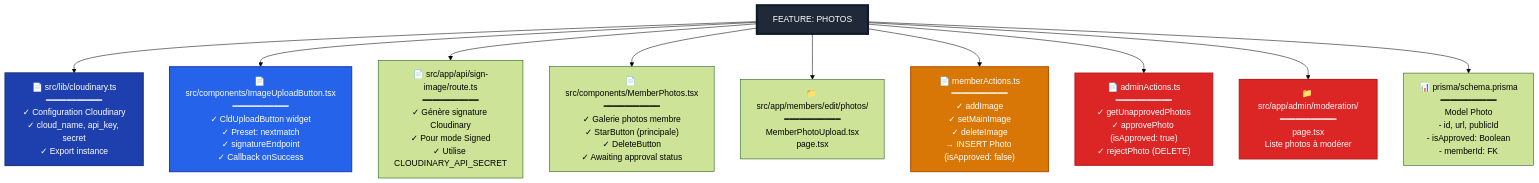
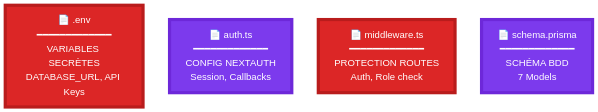
One commit to inskillflow/next-auth-demo-2-match changed diagram 33 of 36 in documentation/17-arborescence-fichiers-roles.md. Above: the diagram before and after it, drawn with Mermaid (forest theme). The commit also changed other lines of this file, not shown here.

````diff
--- a/documentation/17-arborescence-fichiers-roles.md
+++ b/documentation/17-arborescence-fichiers-roles.md
@@ -640,29 +648,12 @@
 ```mermaid
 flowchart TD
-    FEATURE_PHOTO["FEATURE: PHOTOS"]
+    ENV["📄 .env<br/>━━━━━━━━━━━━━<br/>VARIABLES SECRÈTES<br/>DATABASE_URL, API Keys"]
+    AUTH["📄 auth.ts<br/>━━━━━━━━━━━━━<br/>CONFIG NEXTAUTH<br/>Session, Callbacks"]
+    MIDDLEWARE["📄 middleware.ts<br/>━━━━━━━━━━━━━<br/>PROTECTION ROUTES<br/>Auth, Role check"]
+    SCHEMA["📄 schema.prisma<br/>━━━━━━━━━━━━━<br/>SCHÉMA BDD<br/>7 Models"]
     
-    FEATURE_PHOTO --> CLOUD_LIB["📄 src/lib/cloudinary.ts<br/>━━━━━━━━━━━<br/>✓ Configuration Cloudinary<br/>✓ cloud_name, api_key, secret<br/>✓ Export instance"]
-    
-    FEATURE_PHOTO --> UPLOAD_COMP["📄 src/components/ImageUploadButton.tsx<br/>━━━━━━━━━━━<br/>✓ CldUploadButton widget<br/>✓ Preset: nextmatch<br/>✓ signatureEndpoint<br/>✓ Callback onSuccess"]
-    
-    FEATURE_PHOTO --> SIGN_API["📄 src/app/api/sign-image/route.ts<br/>━━━━━━━━━━━<br/>✓ Génère signature Cloudinary<br/>✓ Pour mode Signed<br/>✓ Utilise CLOUDINARY_API_SECRET"]
-    
-    FEATURE_PHOTO --> MEMBER_PHOTOS["📄 src/components/MemberPhotos.tsx<br/>━━━━━━━━━━━<br/>✓ Galerie photos membre<br/>✓ StarButton (principale)<br/>✓ DeleteButton<br/>✓ Awaiting approval status"]
-    
-    FEATURE_PHOTO --> PHOTO_PAGE["📁 src/app/members/edit/photos/<br/>━━━━━━━━━━━<br/>MemberPhotoUpload.tsx<br/>page.tsx"]
-    
-    FEATURE_PHOTO --> MEMBER_ACTIONS_P["📄 memberActions.ts<br/>━━━━━━━━━━━<br/>✓ addImage<br/>✓ setMainImage<br/>✓ deleteImage<br/>→ INSERT Photo (isApproved: false)"]
-    
-    FEATURE_PHOTO --> ADMIN_ACTIONS_P["📄 adminActions.ts<br/>━━━━━━━━━━━<br/>✓ getUnapprovedPhotos<br/>✓ approvePhoto (isApproved: true)<br/>✓ rejectPhoto (DELETE)"]
-    
-    FEATURE_PHOTO --> ADMIN_PAGE["📁 src/app/admin/moderation/<br/>━━━━━━━━━━━<br/>page.tsx<br/>Liste photos à modérer"]
-    
-    FEATURE_PHOTO --> PHOTO_MODEL["📊 prisma/schema.prisma<br/>━━━━━━━━━━━<br/>Model Photo<br/>- id, url, publicId<br/>- isApproved: Boolean<br/>- memberId: FK"]
-    
-    style FEATURE_PHOTO fill:#1f2937,stroke:#111827,stroke-width:4px,color:#fff
-    style CLOUD_LIB fill:#1e40af,stroke:#1e3a8a,stroke-width:3px,color:#fff
-    style UPLOAD_COMP fill:#2563eb,stroke:#1e40af,stroke-width:2px,color:#fff
-    style MEMBER_ACTIONS_P fill:#d97706,stroke:#b45309,stroke-width:2px,color:#fff
-    style ADMIN_ACTIONS_P fill:#dc2626,stroke:#b91c1c,stroke-width:2px,color:#fff
-    style ADMIN_PAGE fill:#dc2626,stroke:#b91c1c,stroke-width:2px,color:#fff
+    style ENV fill:#dc2626,stroke:#b91c1c,stroke-width:6px,color:#fff,font-size:18px
+    style AUTH fill:#7c3aed,stroke:#6d28d9,stroke-width:6px,color:#fff,font-size:18px
+    style MIDDLEWARE fill:#dc2626,stroke:#b91c1c,stroke-width:6px,color:#fff,font-size:18px
+    style SCHEMA fill:#7c3aed,stroke:#6d28d9,stroke-width:6px,color:#fff,font-size:18px
 ```
````
